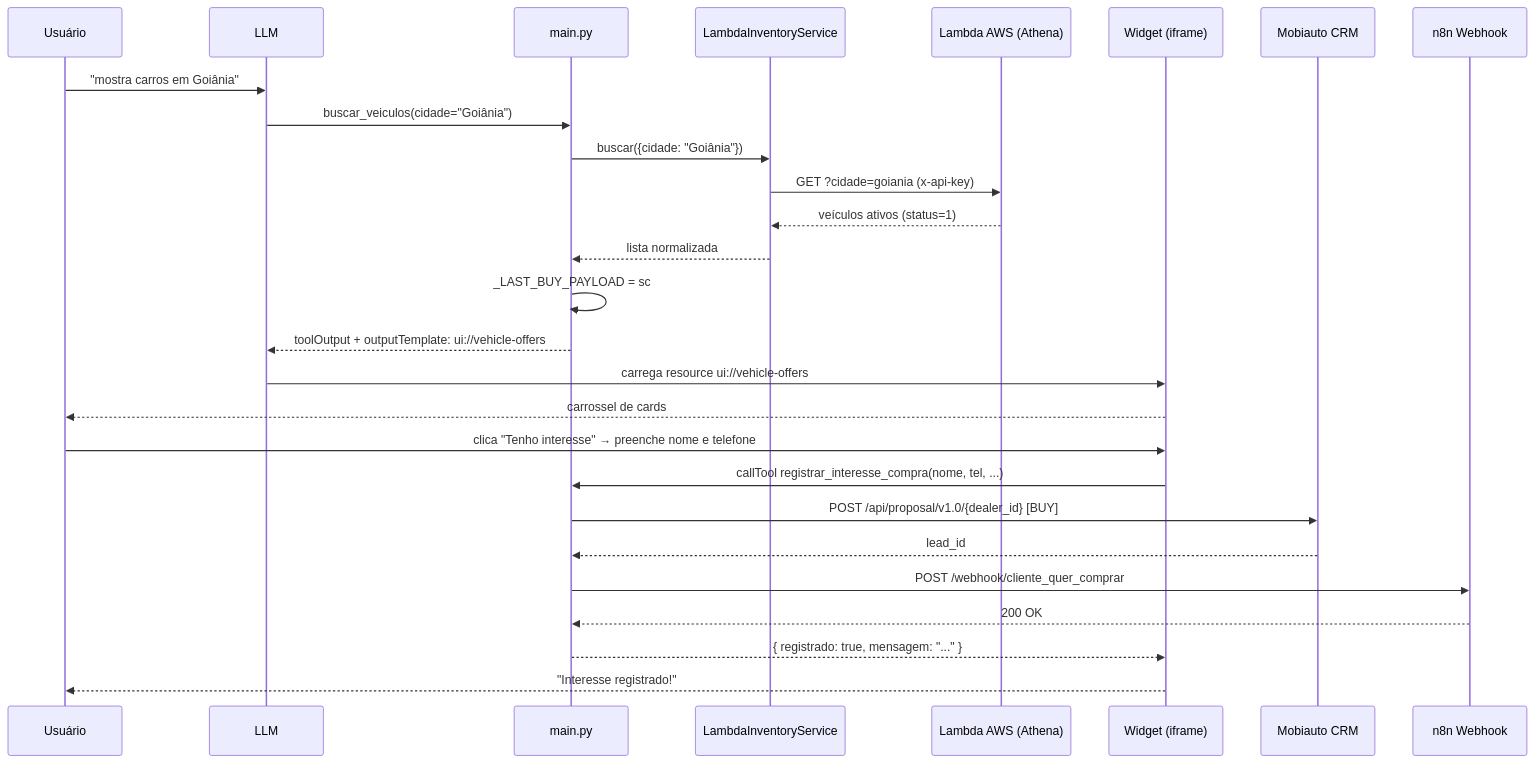
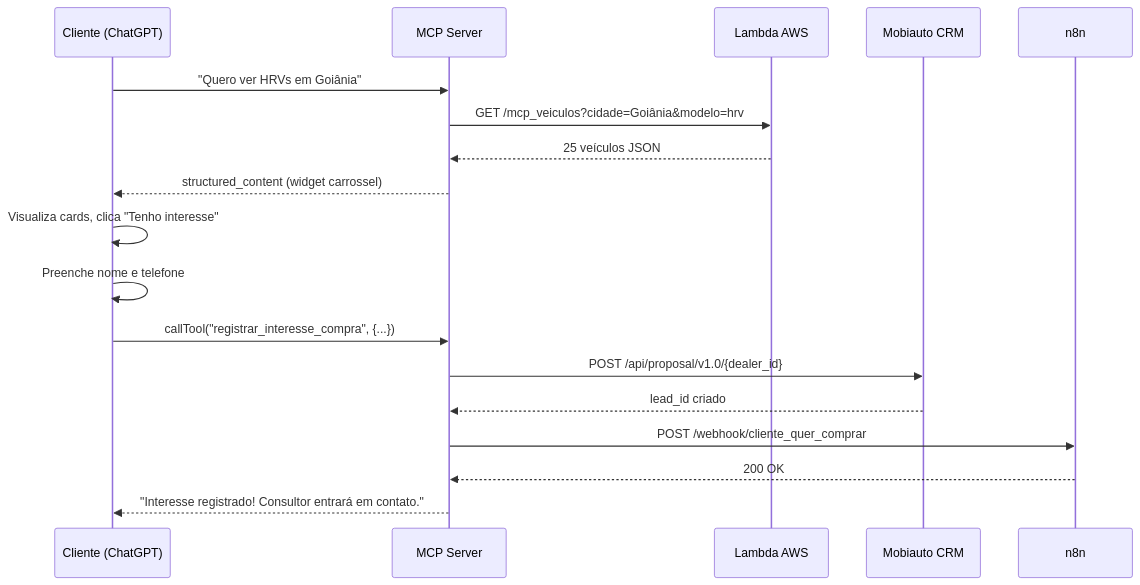
The first of 4 diagrams in docs/03_fluxo.md (JoaaoCunhaa/ml-mcp-ia-vendas), drawn with Mermaid before and after one commit. The commit also changed other lines of this file and 8 other files, not shown here.

````diff
--- a/docs/03_fluxo.md
+++ b/docs/03_fluxo.md
@@ -232,31 +180,21 @@
 ```mermaid
 sequenceDiagram
-    participant U as Usuário
-    participant L as LLM
-    participant M as main.py
-    participant LS as LambdaInventoryService
-    participant LAMBDA as Lambda AWS (Athena)
-    participant W as Widget (iframe)
-    participant CRM as Mobiauto CRM
-    participant WH as n8n Webhook
+    participant C as Cliente (ChatGPT)
+    participant MCP as MCP Server
+    participant L as Lambda AWS
+    participant M as Mobiauto CRM
+    participant N as n8n
 
-    U->>L: "mostra carros em Goiânia"
-    L->>M: buscar_veiculos(cidade="Goiânia")
-    M->>LS: buscar({cidade: "Goiânia"})
-    LS->>LAMBDA: GET ?cidade=goiania (x-api-key)
-    LAMBDA-->>LS: veículos ativos (status=1)
-    LS-->>M: lista normalizada
-    M->>M: _LAST_BUY_PAYLOAD = sc
-    M-->>L: toolOutput + outputTemplate: ui://vehicle-offers
-    L->>W: carrega resource ui://vehicle-offers
-    W-->>U: carrossel de cards
-
-    U->>W: clica "Tenho interesse" → preenche nome e telefone
-    W->>M: callTool registrar_interesse_compra(nome, tel, ...)
-    M->>CRM: POST /api/proposal/v1.0/{dealer_id} [BUY]
-    CRM-->>M: lead_id
-    M->>WH: POST /webhook/cliente_quer_comprar
-    WH-->>M: 200 OK
-    M-->>W: { registrado: true, mensagem: "..." }
-    W-->>U: "Interesse registrado!"
+    C->>MCP: "Quero ver HRVs em Goiânia"
+    MCP->>L: GET /mcp_veiculos?cidade=Goiânia&modelo=hrv
+    L-->>MCP: 25 veículos JSON
+    MCP-->>C: structured_content (widget carrossel)
+    C->>C: Visualiza cards, clica "Tenho interesse"
+    C->>C: Preenche nome e telefone
+    C->>MCP: callTool("registrar_interesse_compra", {...})
+    MCP->>M: POST /api/proposal/v1.0/{dealer_id}
+    M-->>MCP: lead_id criado
+    MCP->>N: POST /webhook/cliente_quer_comprar
+    N-->>MCP: 200 OK
+    MCP-->>C: "Interesse registrado! Consultor entrará em contato."
 ```
````
